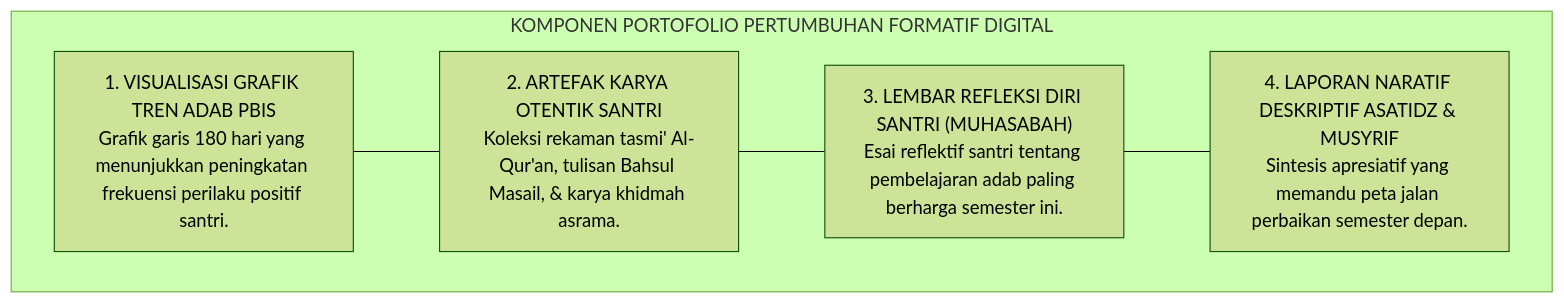
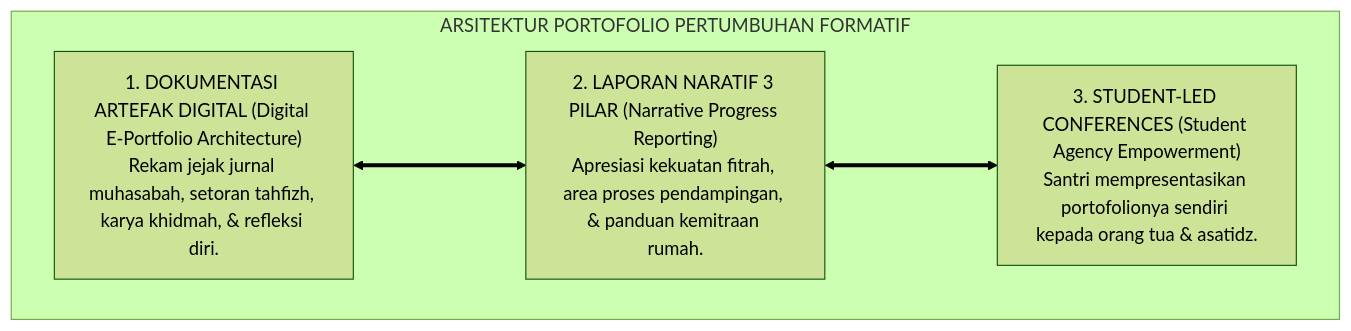
Before and after one commit to wandiapriliyandi/tumbuh: the second of 3 diagrams in 02 Principles/05 Assessment Principles/P2-05-04-Prinsip-Portofolio-Pertumbuhan-Formatif.md, drawn with Mermaid (forest theme). The commit also changed other lines of this file and 6 other files, not shown here.

````diff
--- a/02 Principles/05 Assessment Principles/P2-05-04-Prinsip-Portofolio-Pertumbuhan-Formatif.md
+++ b/02 Principles/05 Assessment Principles/P2-05-04-Prinsip-Portofolio-Pertumbuhan-Formatif.md
@@ -102,14 +118,13 @@
 ```mermaid
-graph TD
-    subgraph ArsitekturPortofolioDigitalPBIS["KOMPONEN PORTOFOLIO PERTUMBUHAN FORMATIF DIGITAL"]
-        Grafik["1. VISUALISASI GRAFIK TREN ADAB PBIS<br/>Grafik garis 180 hari yang menunjukkan peningkatan frekuensi perilaku positif santri."]
+flowchart TD
+    subgraph ArsitekturPortofolioTUMBUH["ARSITEKTUR PORTOFOLIO PERTUMBUHAN FORMATIF"]
         
-        Artefak["2. ARTEFAK KARYA OTENTIK SANTRI<br/>Koleksi rekaman tasmi' Al-Qur'an, tulisan Bahsul Masail, & karya khidmah asrama."]
+        P1_Sayap["1. DOKUMENTASI ARTEFAK DIGITAL (Digital E-Portfolio Architecture)<br/>Rekam jejak jurnal muhasabah, setoran tahfizh, karya khidmah, & refleksi diri."]
         
-        Refleksi["3. LEMBAR REFLEKSI DIRI SANTRI (MUHASABAH)<br/>Esai reflektif santri tentang pembelajaran adab paling berharga semester ini."]
+        P2_Sayap["2. LAPORAN NARATIF 3 PILAR (Narrative Progress Reporting)<br/>Apresiasi kekuatan fitrah, area proses pendampingan, & panduan kemitraan rumah."]
         
-        NarasiGuru["4. LAPORAN NARATIF DESKRIPTIF ASATIDZ & MUSYRIF<br/>Sintesis apresiatif yang memandu peta jalan perbaikan semester depan."]
+        P3_Sayap["3. STUDENT-LED CONFERENCES (Student Agency Empowerment)<br/>Santri mempresentasikan portofolionya sendiri kepada orang tua & asatidz."]
         
-        Grafik --- Artefak --- Refleksi --- NarasiGuru
+        P1_Sayap <===> P2_Sayap <===> P3_Sayap
     end
 ```
````
